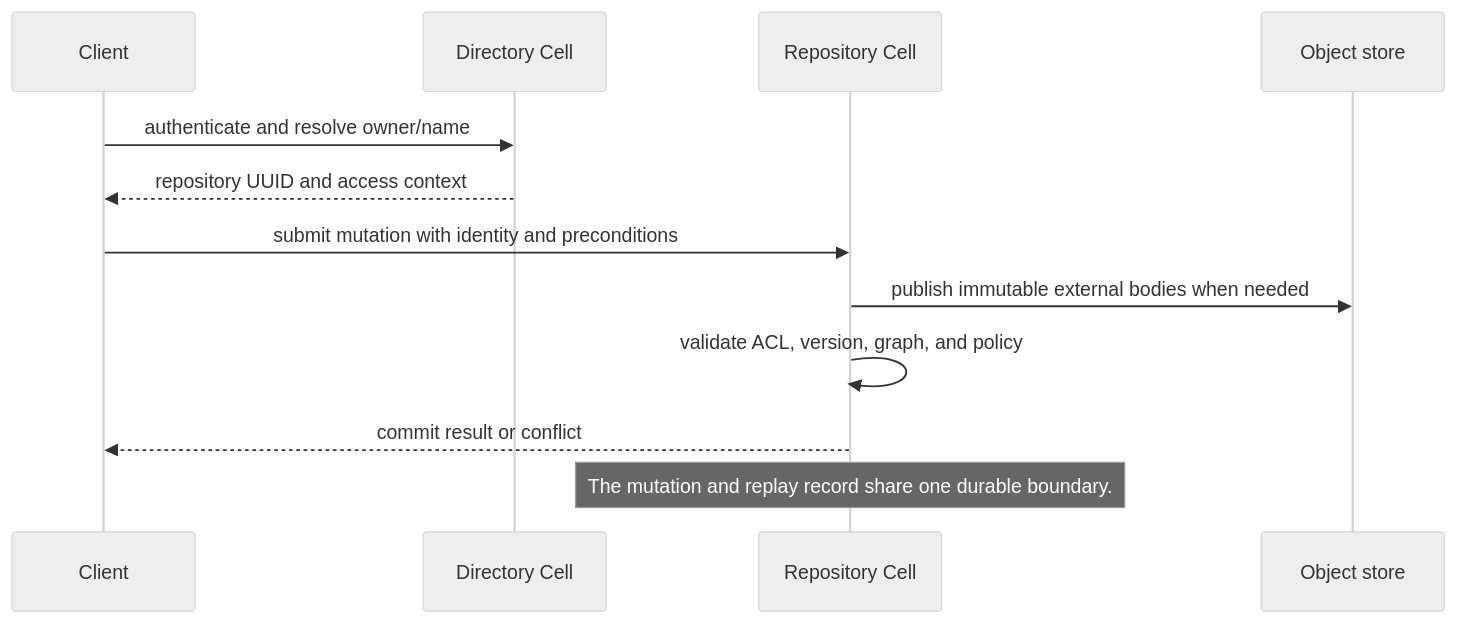
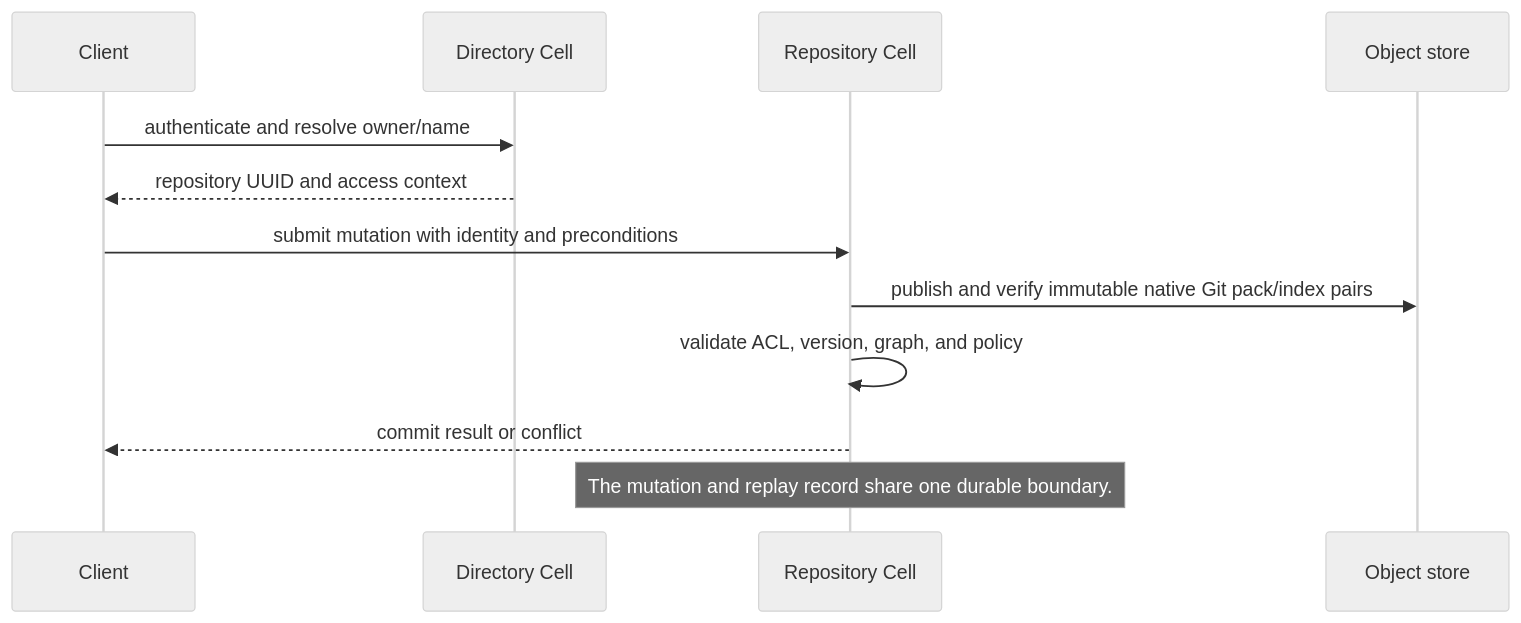
The diagram in docs/contracts.md (crabbuild/canopy), drawn with Mermaid (neutral theme) before and after one commit. The commit also changed other lines of this file and 97 other files, not shown here.

````diff
--- a/docs/contracts.md
+++ b/docs/contracts.md
@@ -40,14 +40,14 @@
 ```mermaid
 sequenceDiagram
     participant A as Client
     participant D as Directory Cell
     participant R as Repository Cell
     participant O as Object store
     A->>D: authenticate and resolve owner/name
     D-->>A: repository UUID and access context
     A->>R: submit mutation with identity and preconditions
-    R->>O: publish immutable external bodies when needed
+    R->>O: publish and verify immutable native Git pack/index pairs
     R->>R: validate ACL, version, graph, and policy
     R-->>A: commit result or conflict
     Note over R: The mutation and replay record share one durable boundary.
 ```
````
